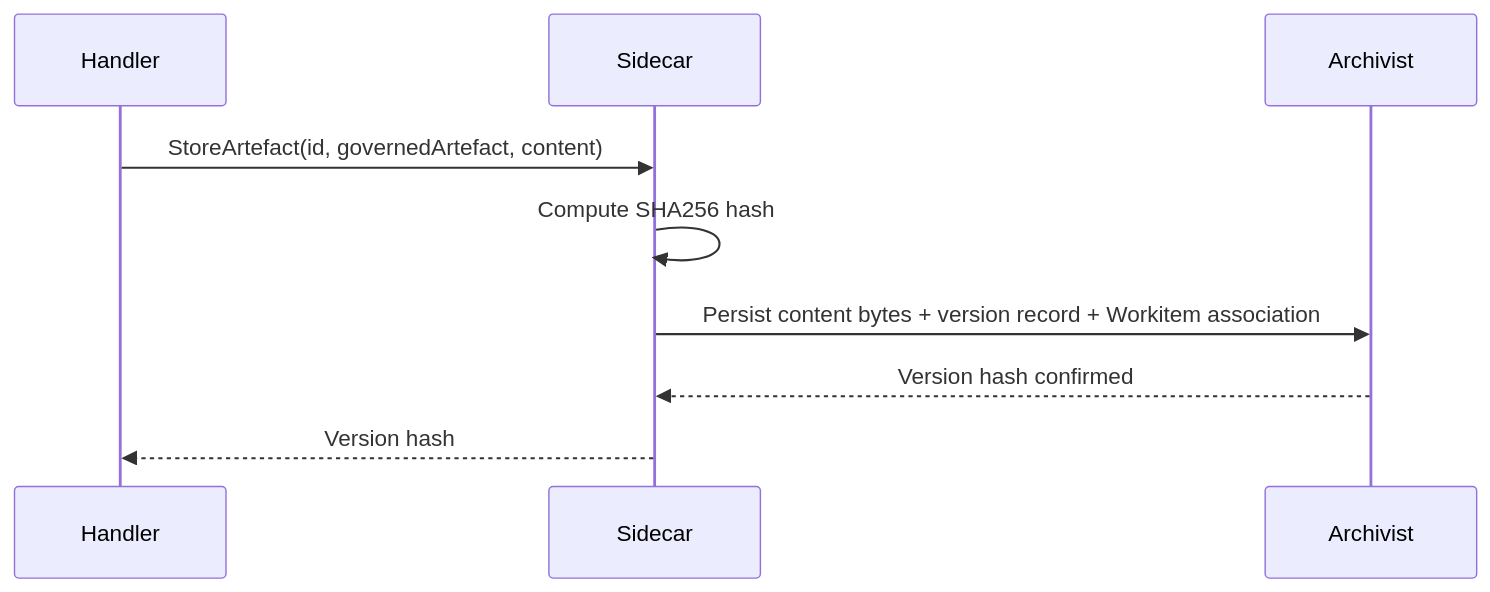
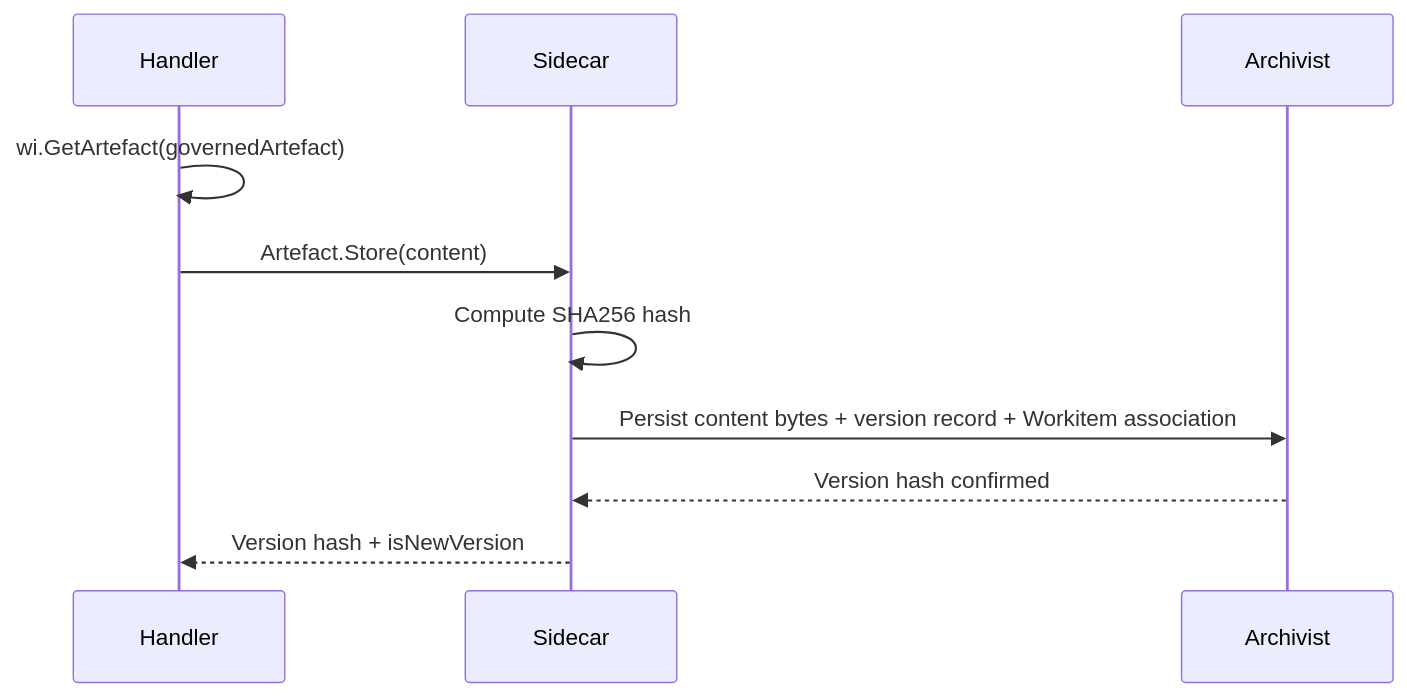
The diagram in specs/04-sdk/02-sdk-artefacts.md (really-knows-ai/gideas), drawn with Mermaid before and after one commit. The commit also changed other lines of this file and 34 other files, not shown here.

````diff
--- a/specs/04-sdk/02-sdk-artefacts.md
+++ b/specs/04-sdk/02-sdk-artefacts.md
@@ -57,12 +73,13 @@
 ```mermaid
 sequenceDiagram
     participant HD as Handler
     participant SC as Sidecar
     participant AR as Archivist
 
-    HD->>SC: StoreArtefact(id, governedArtefact, content)
+    HD->>HD: wi.GetArtefact(governedArtefact)
+    HD->>SC: Artefact.Store(content)
     SC->>SC: Compute SHA256 hash
     SC->>AR: Persist content bytes + version record + Workitem association
     AR-->>SC: Version hash confirmed
-    SC-->>HD: Version hash
+    SC-->>HD: Version hash + isNewVersion
 ```
````
